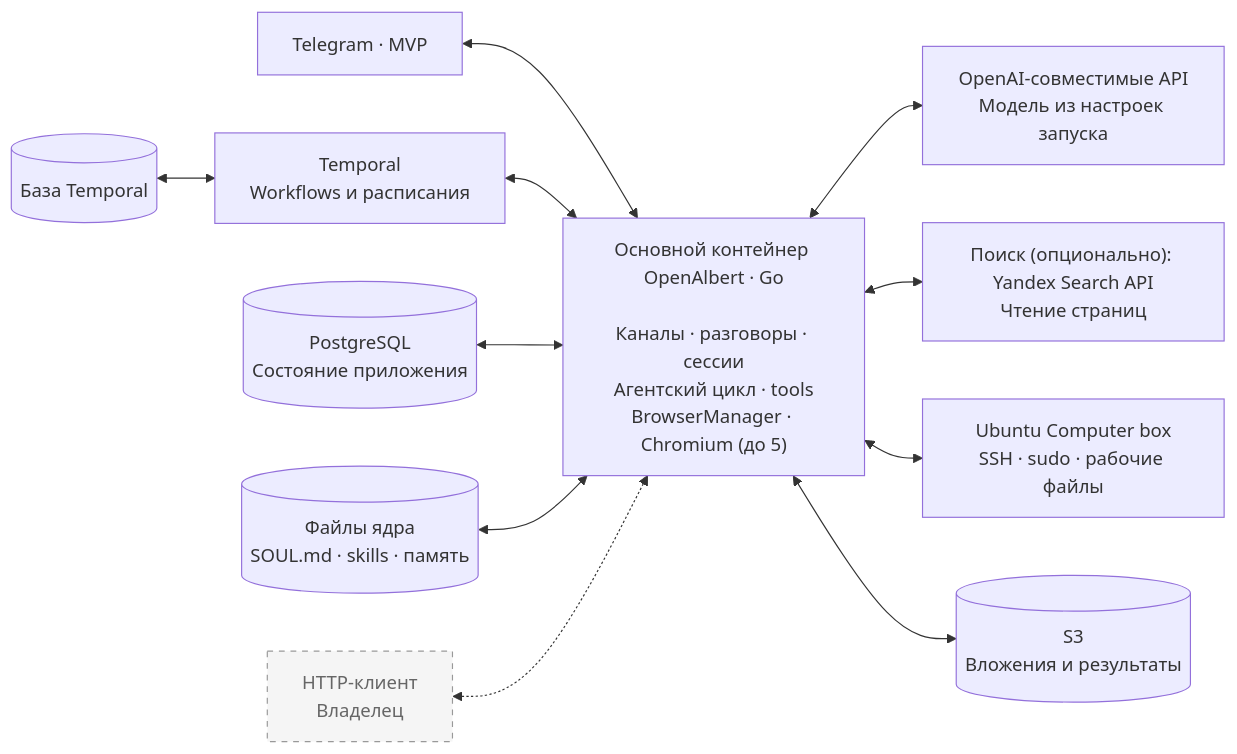
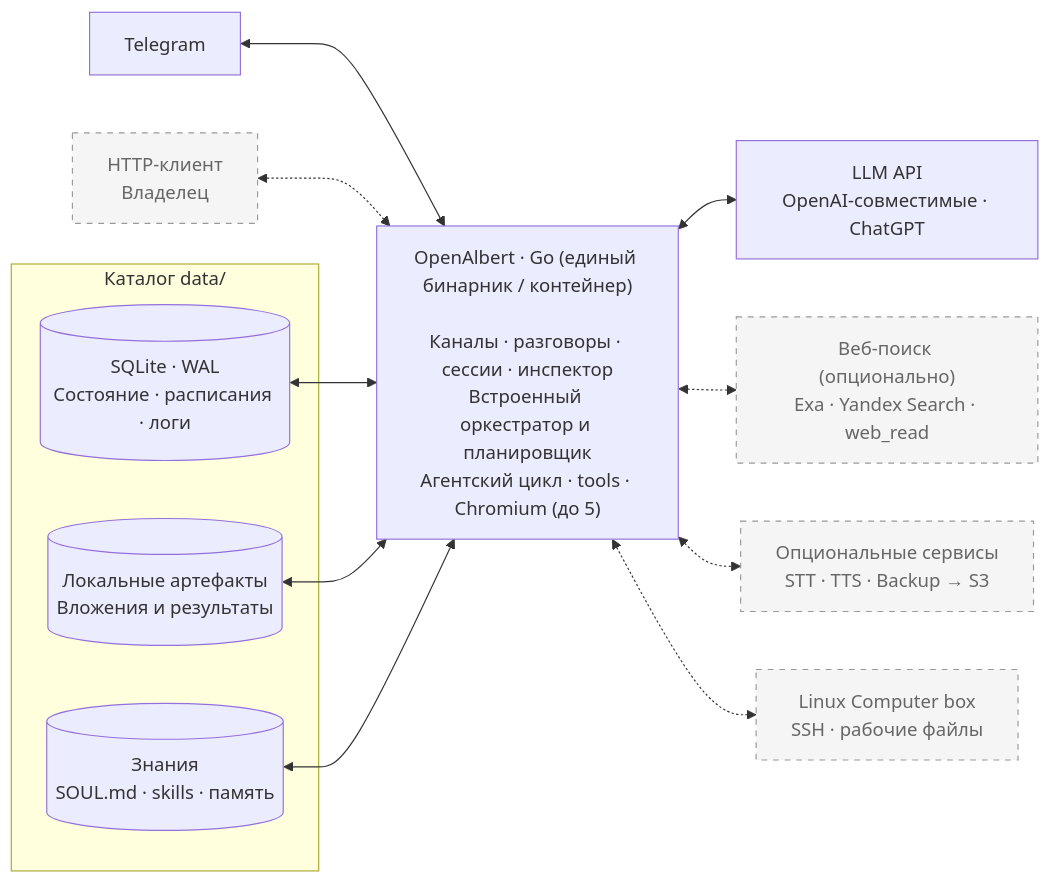
Before and after one commit to mishankov/OpenAlbert: the diagram in docs/diagrams/components.mmd, drawn with Mermaid. The commit also changed 201 other files, not shown here.

```diff
--- a/docs/diagrams/components.mmd
+++ b/docs/diagrams/components.mmd
@@ -1,27 +1,27 @@
 flowchart LR
     accTitle: Компоненты OpenAlbert
-    accDescr: В MVP Telegram связан с ядром, Temporal управляет исполнением, а инструменты обращаются к выбранной при запуске модели и данным. Отдельный Ubuntu Computer box подключён по SSH. HTTP-клиент обращается к API владельца.
-    Channels["Telegram · MVP"]
+    accDescr: Единый Go-процесс OpenAlbert объединяет каналы, встроенный оркестратор, агентский цикл, инструменты, инспектор и Chromium. Все данные хранятся локально в SQLite и файлах каталога data. LLM, веб-поиск, STT/TTS, онлайн-бэкапы и Computer box подключаются отдельно.
+    Channels["Telegram"]
     Client["HTTP-клиент<br/>Владелец"]
-    TemporalDB[("База Temporal")]
-    Temporal["Temporal<br/>Workflows и расписания"]
-    DB[("PostgreSQL<br/>Состояние приложения")]
-    Files[("Файлы ядра<br/>SOUL.md · skills · память")]
-    Core["Основной контейнер OpenAlbert · Go<br/><br/>Каналы · разговоры · сессии<br/>Агентский цикл · tools<br/>BrowserManager · Chromium (до 5)"]
-    LLM["OpenAI-совместимые API<br/>Модель из настроек запуска"]
-    Search["Поиск (опционально): Yandex Search API<br/>Чтение страниц"]
-    Computer["Ubuntu Computer box<br/>SSH · sudo · рабочие файлы"]
-    S3[("S3<br/>Вложения и результаты")]
+    subgraph Data["Каталог data/"]
+        DB[("SQLite · WAL<br/>Состояние · расписания · логи")]
+        Artifacts[("Локальные артефакты<br/>Вложения и результаты")]
+        Files[("Знания<br/>SOUL.md · skills · память")]
+    end
+    Core["OpenAlbert · Go (единый бинарник / контейнер)<br/><br/>Каналы · разговоры · сессии · инспектор<br/>Встроенный оркестратор и планировщик<br/>Агентский цикл · tools · Chromium (до 5)"]
+    LLM["LLM API<br/>OpenAI-совместимые · ChatGPT"]
+    Search["Веб-поиск (опционально)<br/>Exa · Yandex Search · web_read"]
+    Aux["Опциональные сервисы<br/>STT · TTS · Backup → S3"]
+    Computer["Linux Computer box<br/>SSH · рабочие файлы"]
 
     Channels <--> Core
-    TemporalDB <--> Temporal
-    Temporal <--> Core
+    Client <-.-> Core
     DB <--> Core
+    Artifacts <--> Core
     Files <--> Core
     Core <--> LLM
-    Core <--> Search
-    Core <--> Computer
-    Client <-.-> Core
+    Core <-.-> Search
+    Core <-.-> Aux
+    Core <-.-> Computer
     classDef optional fill:#f5f5f5,stroke:#999,stroke-dasharray:5 5,color:#666
-    class Client optional
-    Core <--> S3
+    class Client,Search,Aux,Computer optional
```
